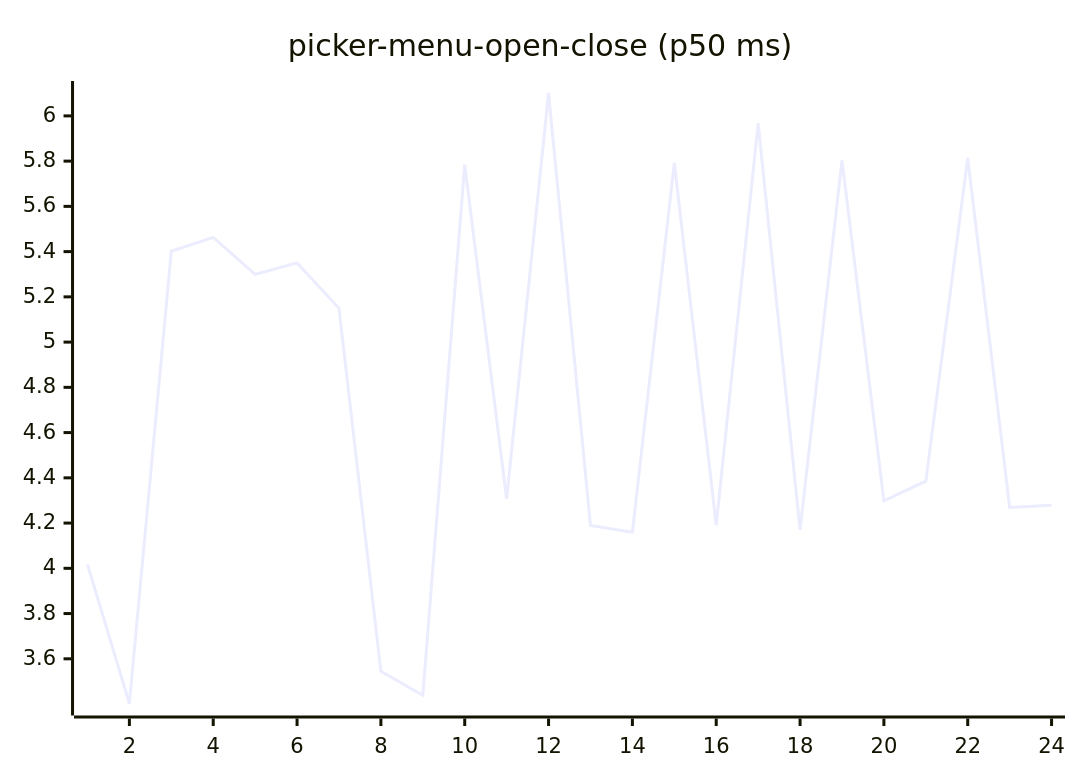
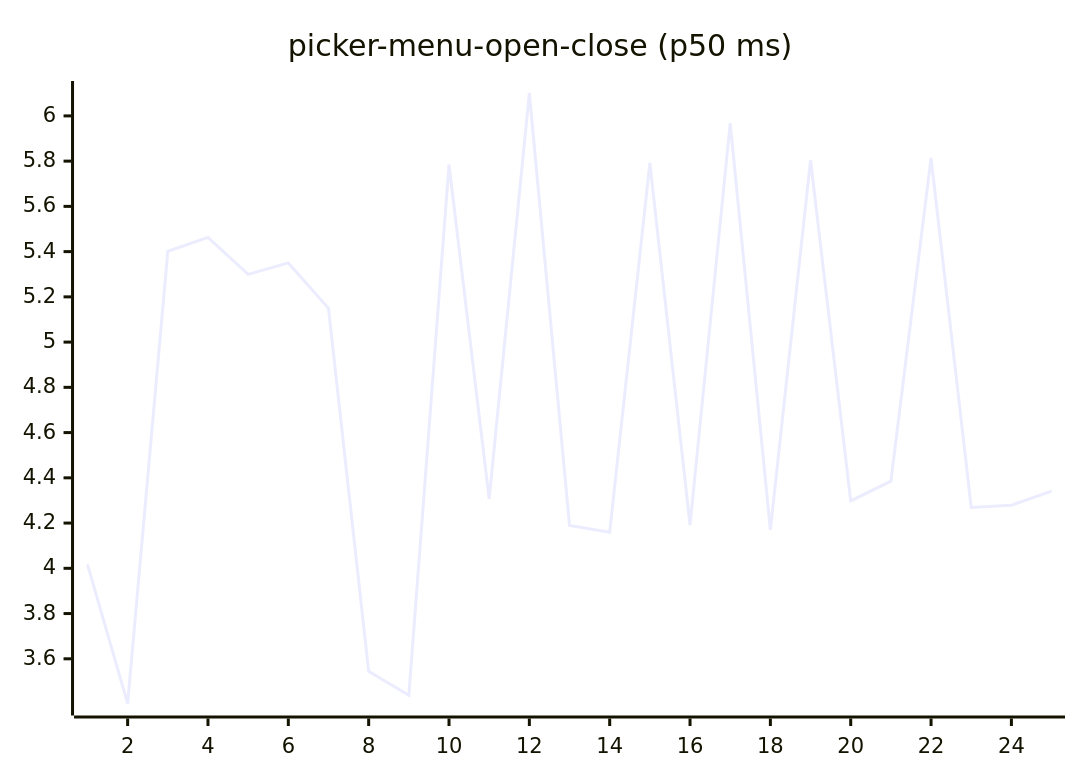
Before and after one commit to josha/Facet: diagram 16 of 27 in README.md, drawn with Mermaid. The commit also changed other lines of this file and 2 other files, not shown here.

````diff
--- a/README.md
+++ b/README.md
@@ -168,6 +168,6 @@
 ```mermaid
 xychart-beta
     title "picker-menu-open-close (p50 ms)"
-    x-axis 1 --> 24
-    line [4.0174, 3.4024, 5.4017, 5.4631, 5.2994, 5.3502, 5.1493, 3.5447, 3.4388, 5.7846, 4.3066, 6.1012, 4.1897, 4.1591, 5.7919, 4.1912, 5.9674, 4.1698, 5.8037, 4.2981, 4.3851, 5.8139, 4.2694, 4.2792]
+    x-axis 1 --> 25
+    line [4.0174, 3.4024, 5.4017, 5.4631, 5.2994, 5.3502, 5.1493, 3.5447, 3.4388, 5.7846, 4.3066, 6.1012, 4.1897, 4.1591, 5.7919, 4.1912, 5.9674, 4.1698, 5.8037, 4.2981, 4.3851, 5.8139, 4.2694, 4.2792, 4.3416]
 ```
````
